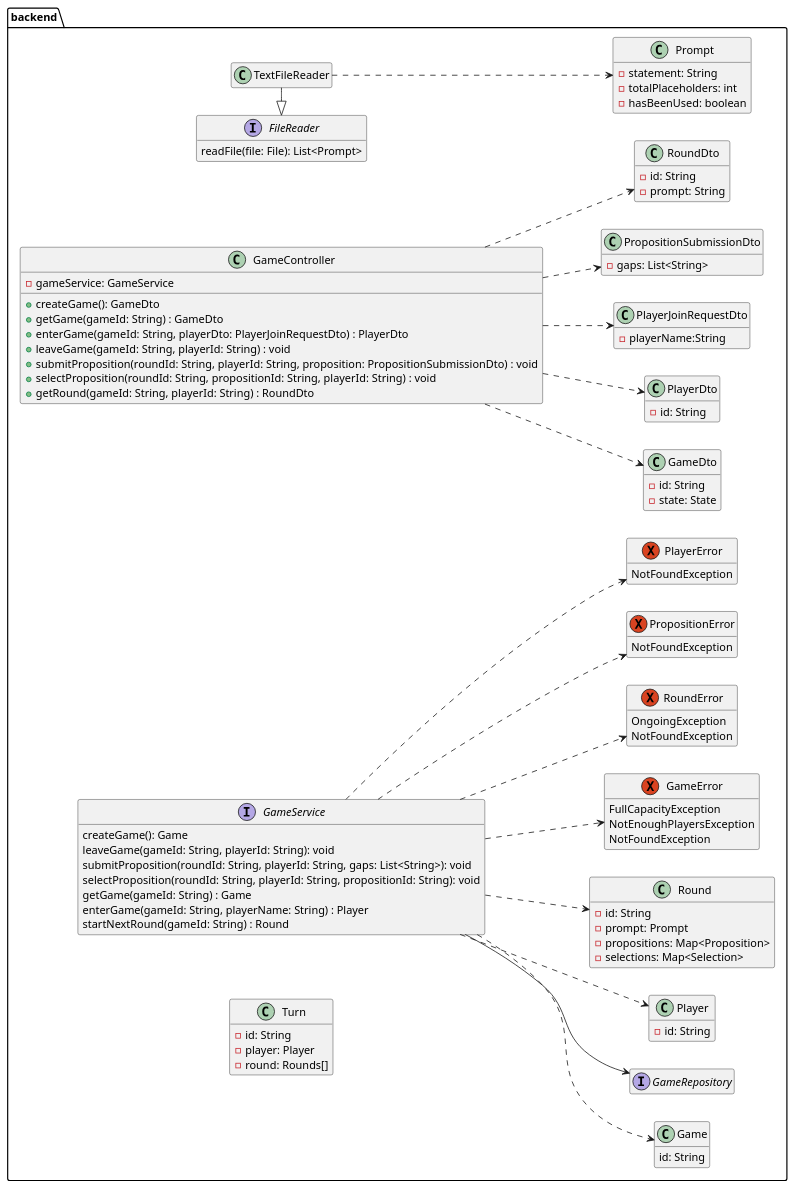
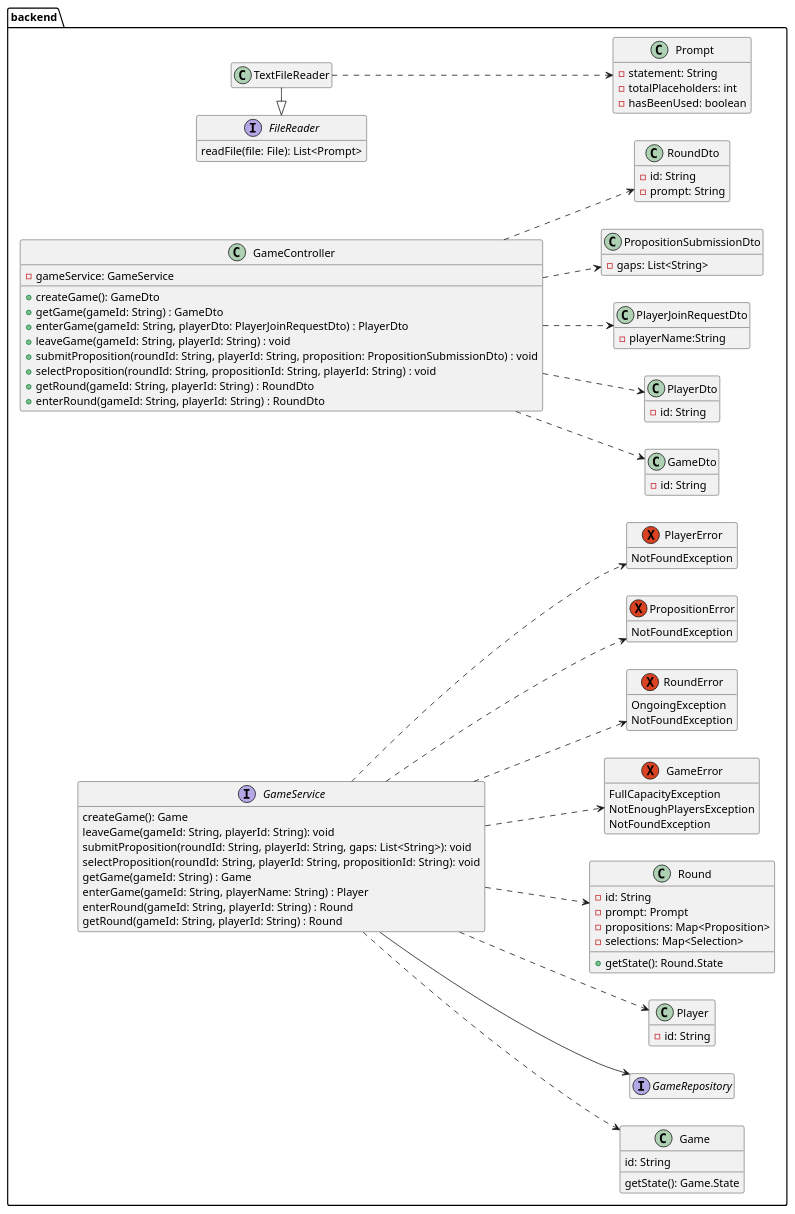
One commit to patrickwinti/worldwidewalter changed the diagram in docs/diagrams/class_diagramm.plantuml. Above: the diagram before and after it, drawn with PlantUML. The commit also changed 7 other files, not shown here.

Commit message:
[WWW-72] adds start round call

```diff
--- a/docs/diagrams/class_diagramm.plantuml
+++ b/docs/diagrams/class_diagramm.plantuml
@@ -1,107 +1,105 @@
 @startuml
 package backend{
     left to right direction
 
     hide empty members
     class GameController {
         -gameService: GameService
         +createGame(): GameDto
         +getGame(gameId: String) : GameDto
         +enterGame(gameId: String, playerDto: PlayerJoinRequestDto) : PlayerDto
         +leaveGame(gameId: String, playerId: String) : void
         +submitProposition(roundId: String, playerId: String, proposition: PropositionSubmissionDto) : void
         +selectProposition(roundId: String, propositionId: String, playerId: String) : void
         +getRound(gameId: String, playerId: String) : RoundDto
+        +enterRound(gameId: String, playerId: String) : RoundDto
     }
     class GameDto {
         -id: String
-        -state: State
     }
     class Game {
         id: String
+        getState(): Game.State
     }
     class Prompt{
         -statement: String
         -totalPlaceholders: int
         -hasBeenUsed: boolean
     }
 
     interface GameService{
        createGame(): Game
        leaveGame(gameId: String, playerId: String): void
        submitProposition(roundId: String, playerId: String, gaps: List<String>): void
        selectProposition(roundId: String, playerId: String, propositionId: String): void
        getGame(gameId: String) : Game
        enterGame(gameId: String, playerName: String) : Player
-       startNextRound(gameId: String) : Round
+       enterRound(gameId: String, playerId: String) : Round
+       getRound(gameId: String, playerId: String) : Round
     }
     interface GameRepository
     class PlayerDto {
         -id: String
     }
     class PlayerJoinRequestDto {
         -playerName:String
     }
     class PropositionSubmissionDto {
         -gaps: List<String>
     }
     class RoundDto {
         -id: String
         -prompt: String
     }
     class Player {
         -id: String
     }
-    class Turn {
-        -id: String
-        -player: Player
-        -round: Rounds[]
-    }
     class Round {
         -id: String
         -prompt: Prompt
         -propositions: Map<Proposition>
         -selections: Map<Selection>
+        +getState(): Round.State
     }
     exception GameError {
         FullCapacityException
         NotEnoughPlayersException
         NotFoundException
     }
     exception RoundError {
         OngoingException
         NotFoundException
     }
     exception PropositionError {
         NotFoundException
     }
     exception PlayerError {
         NotFoundException
     }
 
     interface FileReader{
         readFile(file: File): List<Prompt>
     }
 
     class TextFileReader
 
     GameController..>PlayerDto
     GameController..>PlayerJoinRequestDto
     GameController..>PropositionSubmissionDto
     GameController..>RoundDto
     GameController ..> GameDto
 
     GameService ..> Game
     GameService ..> Round
     GameService ..> Player
     GameService ..> GameError
     GameService ..> RoundError
     GameService ..> PlayerError
     GameService ..> PropositionError
     GameService --> GameRepository
 
     TextFileReader ..> Prompt
 }
 
     FileReader<|-TextFileReader
 @enduml
```
